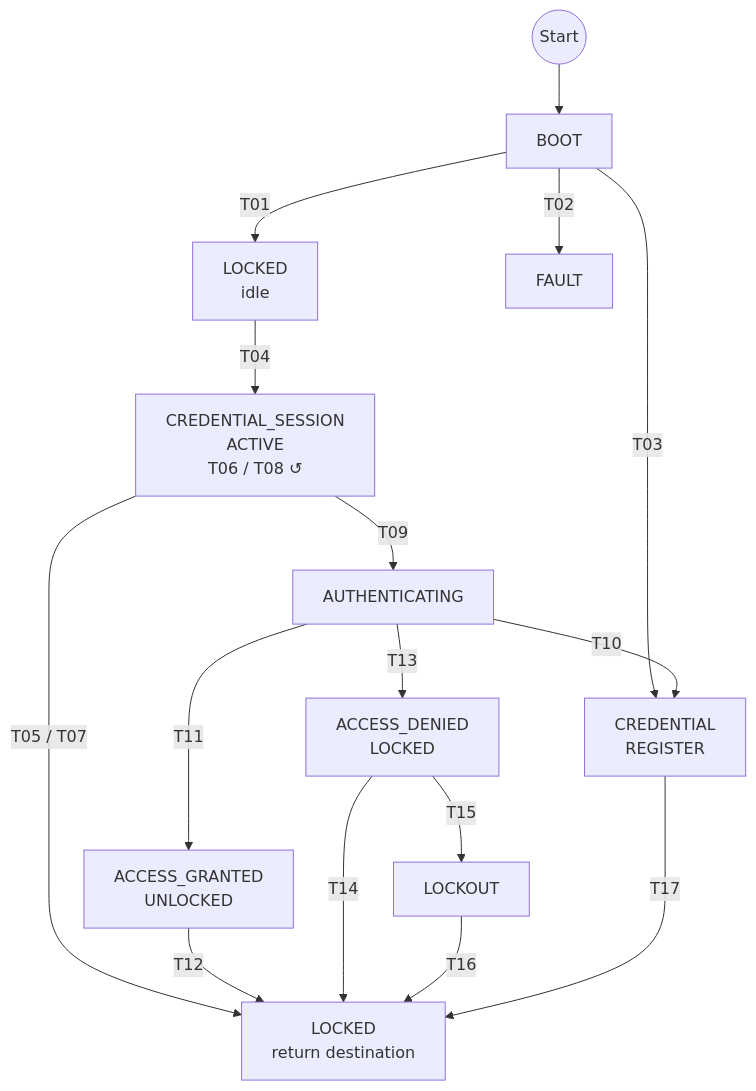
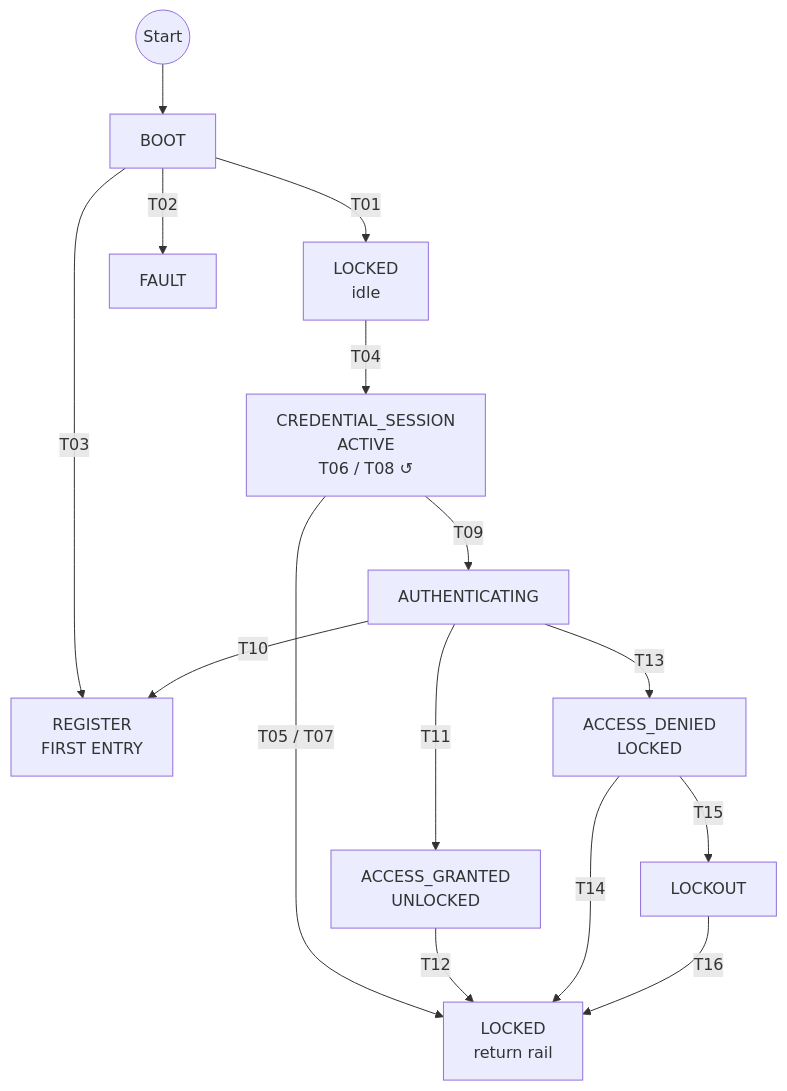
The second of 5 diagrams in App/Core/README.md (JP-REY/STM32F103C8T6-Based-Electronic-Lock), drawn with Mermaid before and after one commit. The commit also changed other lines of this file and 8 other files, not shown here.

First line of the commit message:
feature(lock-control): integrate credential register flow into FSM

````diff
--- a/App/Core/README.md
+++ b/App/Core/README.md
@@ -694,22 +707,21 @@
 ```mermaid
 flowchart TB
     START((Start)) --> BOOT["BOOT"]
 
     BOOT -->|T01| LOCKED["LOCKED<br/>idle"]
     BOOT -->|T02| FAULT["FAULT"]
-    BOOT -->|T03| REGISTER["CREDENTIAL<br/>REGISTER"]
+    BOOT -->|T03| FIRST["REGISTER<br/>FIRST ENTRY"]
 
     LOCKED -->|T04| ENTRY["CREDENTIAL_SESSION<br/>ACTIVE<br/>T06 / T08 ↺"]
     ENTRY -->|T09| AUTH["AUTHENTICATING"]
 
-    AUTH -->|T10| REGISTER
+    AUTH -->|T10| FIRST
     AUTH -->|T11| UNLOCKED["ACCESS_GRANTED<br/>UNLOCKED"]
     AUTH -->|T13| DENIED["ACCESS_DENIED<br/>LOCKED"]
     DENIED -->|T15| LOCKOUT["LOCKOUT"]
 
-    ENTRY -->|"T05 / T07"| LOCKED_RETURN["LOCKED<br/>return destination"]
-    UNLOCKED -->|T12| LOCKED_RETURN
-    DENIED -->|T14| LOCKED_RETURN
-    LOCKOUT -->|T16| LOCKED_RETURN
-    REGISTER -->|T17| LOCKED_RETURN
+    ENTRY -->|"T05 / T07"| RETURN["LOCKED<br/>return rail"]
+    UNLOCKED -->|T12| RETURN
+    DENIED -->|T14| RETURN
+    LOCKOUT -->|T16| RETURN
 ```
````
